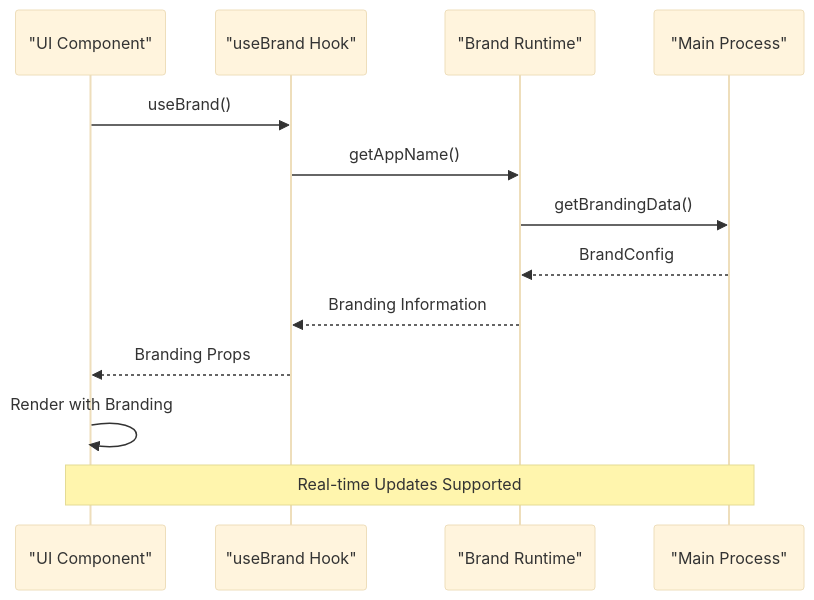
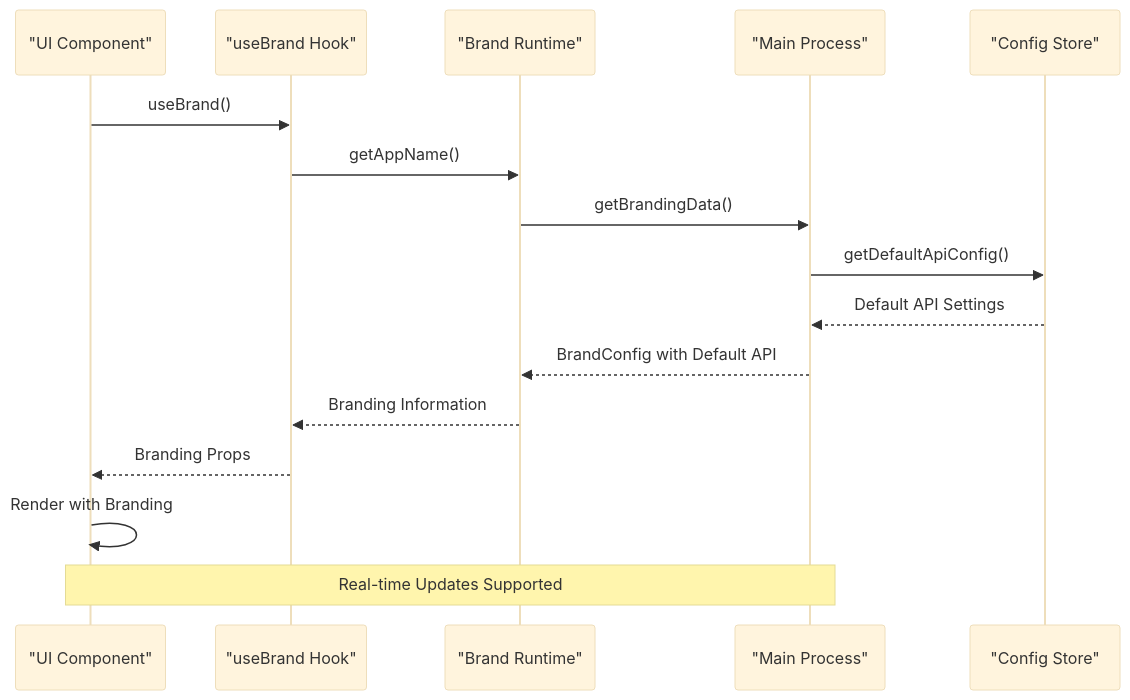
The eighth of 9 diagrams in .qoder/repowiki/en/content/Deployment & Distribution/Branding System.md (jackuh105/open-cowork), drawn with Mermaid (base theme) before and after one commit. The commit also changed other lines of this file and 2 other files, not shown here.

````diff
--- a/.qoder/repowiki/en/content/Deployment & Distribution/Branding System.md
+++ b/.qoder/repowiki/en/content/Deployment & Distribution/Branding System.md
@@ -348,15 +446,18 @@
 ```mermaid
 sequenceDiagram
 participant UI as "UI Component"
 participant Hook as "useBrand Hook"
 participant Runtime as "Brand Runtime"
 participant Main as "Main Process"
+participant ConfigStore as "Config Store"
 UI->>Hook : useBrand()
 Hook->>Runtime : getAppName()
 Runtime->>Main : getBrandingData()
-Main-->>Runtime : BrandConfig
+Main->>ConfigStore : getDefaultApiConfig()
+ConfigStore-->>Main : Default API Settings
+Main-->>Runtime : BrandConfig with Default API
 Runtime-->>Hook : Branding Information
 Hook-->>UI : Branding Props
 UI->>UI : Render with Branding
 Note over UI,Main : Real-time Updates Supported
 ```
````
